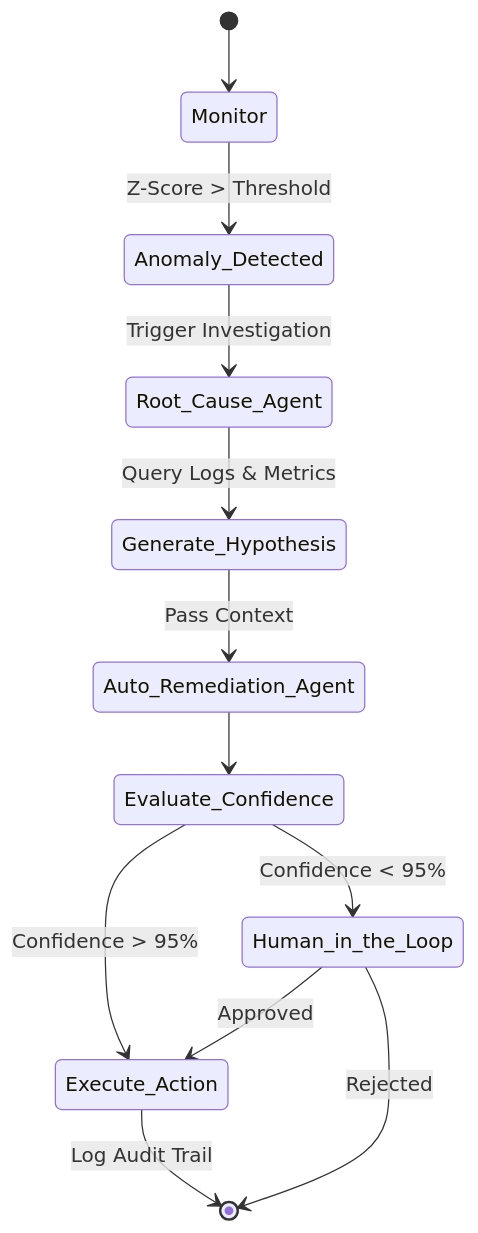
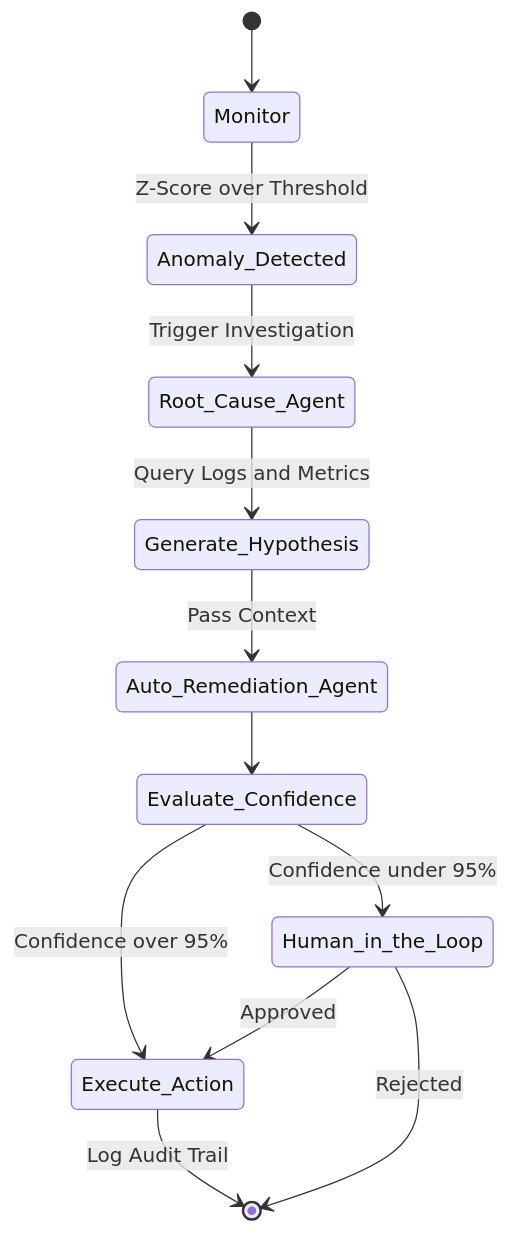
One commit to alan-do/frt-finops-gitbook changed the fifth of 5 diagrams in pages/architecture.en.mdx. Above: the diagram before and after it, drawn with Mermaid. The commit also changed 1 other file, not shown here.

Commit message:
fix(mermaid): remove special characters < > & from stateDiagram labels

````diff
--- a/pages/architecture.en.mdx
+++ b/pages/architecture.en.mdx
@@ -233,14 +233,14 @@
 ```mermaid
 stateDiagram-v2
     [*] --> Monitor
-    Monitor --> Anomaly_Detected : Z-Score > Threshold
+    Monitor --> Anomaly_Detected : Z-Score over Threshold
     Anomaly_Detected --> Root_Cause_Agent : Trigger Investigation
-    Root_Cause_Agent --> Generate_Hypothesis : Query Logs & Metrics
+    Root_Cause_Agent --> Generate_Hypothesis : Query Logs and Metrics
     Generate_Hypothesis --> Auto_Remediation_Agent : Pass Context
     Auto_Remediation_Agent --> Evaluate_Confidence
-    Evaluate_Confidence --> Execute_Action : Confidence > 95%
-    Evaluate_Confidence --> Human_in_the_Loop : Confidence < 95%
+    Evaluate_Confidence --> Execute_Action : Confidence over 95%
+    Evaluate_Confidence --> Human_in_the_Loop : Confidence under 95%
     Human_in_the_Loop --> Execute_Action : Approved
     Human_in_the_Loop --> [*] : Rejected
     Execute_Action --> [*] : Log Audit Trail
 ```
````
